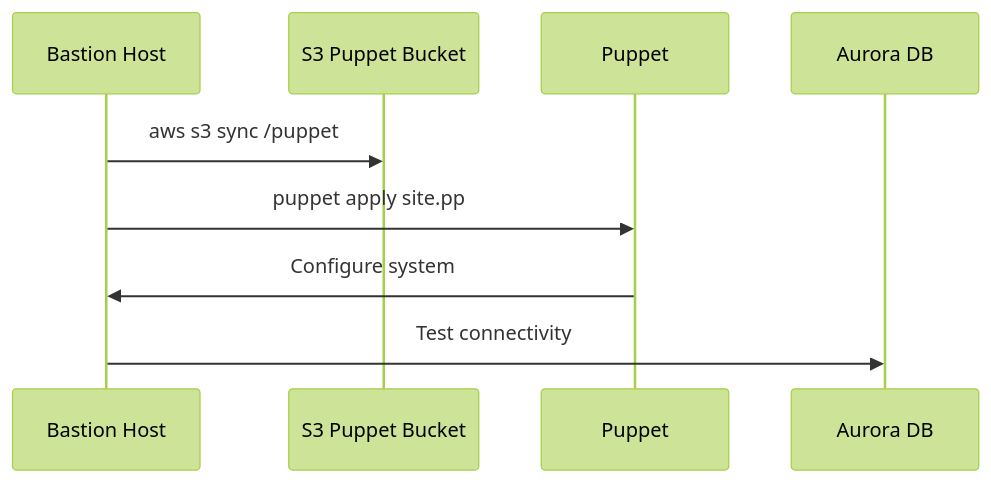
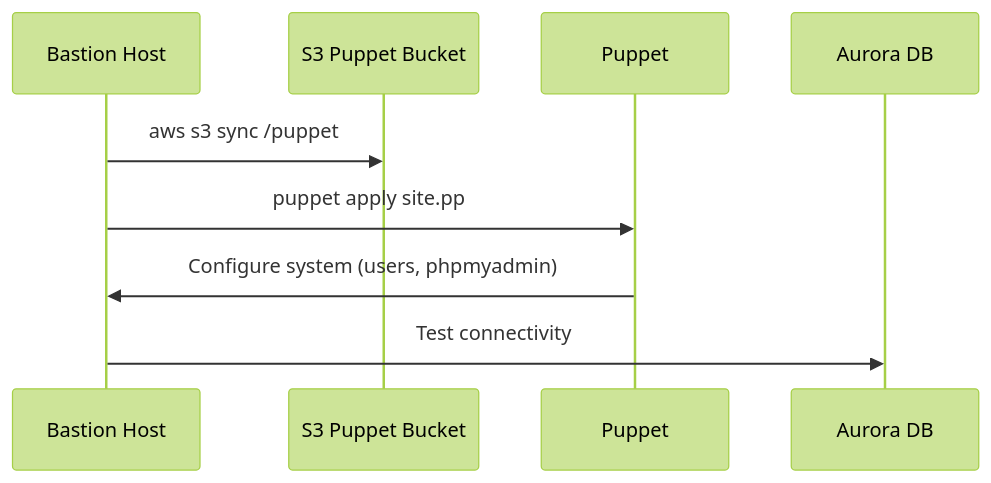
Before and after one commit to enkumamoto/cdk_infra_test: the third of 6 diagrams in README-EN.md, drawn with Mermaid (forest theme). The commit also changed other lines of this file and 9 other files, not shown here.

````diff
--- a/README-EN.md
+++ b/README-EN.md
@@ -270,12 +378,12 @@
 ```mermaid
 sequenceDiagram
     participant EC2 as Bastion Host
     participant S3 as S3 Puppet Bucket
     participant Puppet as Puppet
     participant RDS as Aurora DB
 
     EC2->>S3: aws s3 sync /puppet
     EC2->>Puppet: puppet apply site.pp
-    Puppet->>EC2: Configure system
+    Puppet->>EC2: Configure system (users, phpmyadmin)
     EC2->>RDS: Test connectivity
 ```
````
